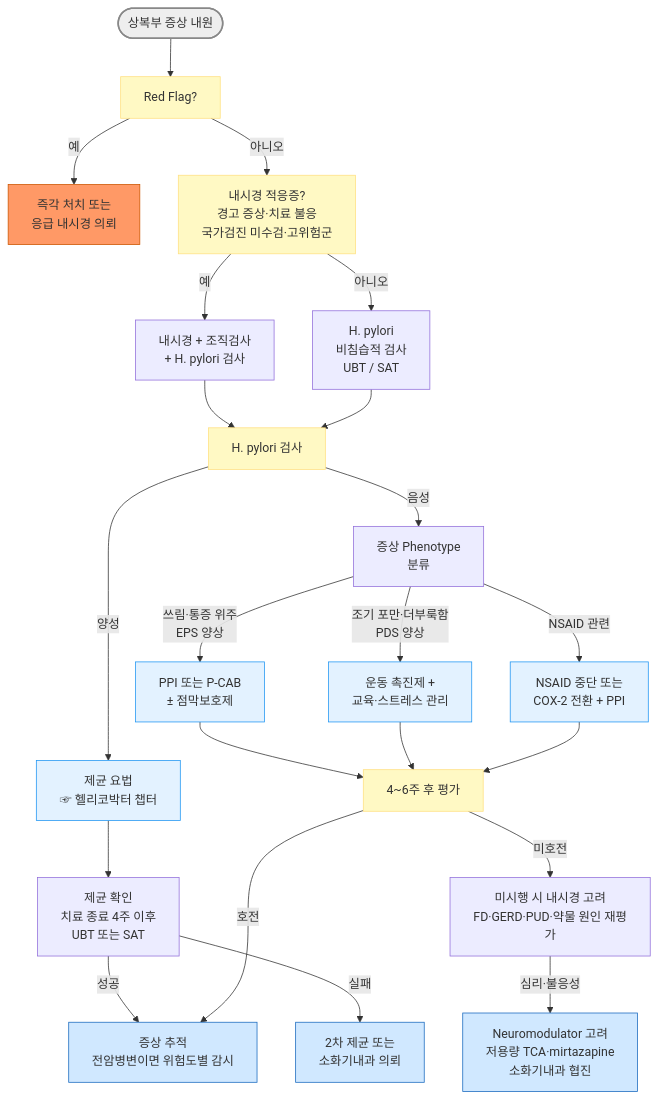
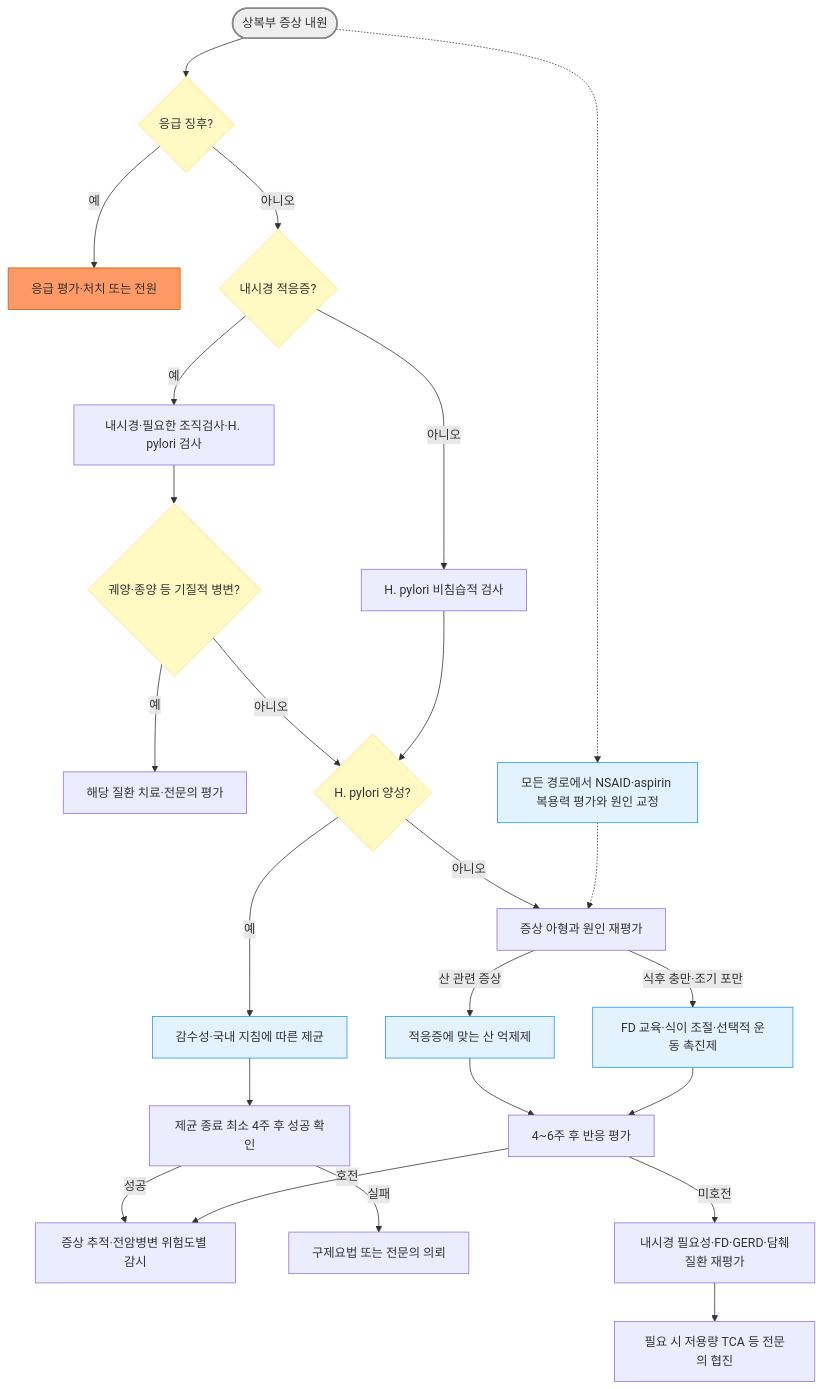
The diagram in 224_/078_-gastritis.md (familyoh77/familyoh77), drawn with Mermaid before and after one commit. The commit also changed other lines of this file and 1 other file, not shown here.

````diff
--- a/224_/078_-gastritis.md
+++ b/224_/078_-gastritis.md
@@ -154,51 +154,32 @@
 ```mermaid
 graph TD
-    A([상복부 증상 내원])
-    B[Red Flag?]
-    C[즉각 처치 또는<br/>응급 내시경 의뢰]
-    D[내시경 적응증?<br/>경고 증상·치료 불응<br/>국가검진 미수검·고위험군]
-    E[내시경 + 조직검사<br/>+ H. pylori 검사]
-    F[H. pylori<br/>비침습적 검사<br/>UBT / SAT]
-    G[H. pylori 검사 ]
-    H[제균 요법<br/>☞ 헬리코박터 챕터]
-    I[증상 Phenotype<br/>분류]
-    J[제균 확인<br/>치료 종료 4주 이후<br/>UBT 또는 SAT]
-    K[증상 추적<br/>전암병변이면 위험도별 감시]
-    L[2차 제균 또는<br/>소화기내과 의뢰]
-    M[PPI 또는 P-CAB<br/>± 점막보호제]
-    N[운동 촉진제 + <br/>교육·스트레스 관리]
-    O[NSAID 중단 또는<br/>COX-2 전환 + PPI]
-    P[4~6주 후 평가]
-    Q[미시행 시 내시경 고려<br/>FD·GERD·PUD·약물 원인 재평가]
-    R[Neuromodulator 고려<br/>저용량 TCA·mirtazapine<br/>소화기내과 협진]
-
-    A --> B
-    B -->|예| C
-    B -->|아니오| D
-    D -->|예| E
-    D -->|아니오| F
-    E --> G
+    A([상복부 증상 내원]) --> B{"응급 징후?"}
+    B -->|예| C["응급 평가·처치 또는 전원"]
+    B -->|아니오| D{"내시경 적응증?"}
+    D -->|예| E["내시경·필요한 조직검사·H. pylori 검사"]
+    D -->|아니오| F["H. pylori 비침습적 검사"]
+    E --> S{"궤양·종양 등 기질적 병변?"}
+    S -->|예| T["해당 질환 치료·전문의 평가"]
+    S -->|아니오| G{"H. pylori 양성?"}
     F --> G
-    G ---->|양성| H
-    G -->|음성| I
-    H --> J
-    J -->|성공| K
-    J -->|실패| L
-    I -->|쓰림·통증 위주<br/>EPS 양상| M
-    I -->|조기 포만·더부룩함<br/>PDS 양상| N
-    I -->|NSAID 관련| O
-    M --> P
+    G -->|예| H["감수성·국내 지침에 따른 제균"]
+    H --> J["제균 종료 최소 4주 후 성공 확인"]
+    J -->|성공| K["증상 추적·전암병변 위험도별 감시"]
+    J -->|실패| L["구제요법 또는 전문의 의뢰"]
+    G -->|아니오| I["증상 아형과 원인 재평가"]
+    I -->|산 관련 증상| M["적응증에 맞는 산 억제제"]
+    I -->|식후 충만·조기 포만| N["FD 교육·식이 조절·선택적 운동 촉진제"]
+    M --> P["4~6주 후 반응 평가"]
     N --> P
-    O --> P
     P -->|호전| K
-    P -->|미호전| Q
-    Q -->|심리·불응성| R
-style A fill:#eeeeee,stroke:#888888,stroke-width:2px
-classDef yellow fill:#fff9c4,stroke:#ffe082
-class B,D,G,P yellow
-classDef sky fill:#e3f2ff,stroke:#2196f3
-class H,M,N,O sky
-classDef blue fill:#d0e8ff,stroke:#1a6abf
-class K,L,R blue
+    P -->|미호전| Q["내시경 필요성·FD·GERD·담췌질환 재평가"]
+    Q --> R["필요 시 저용량 TCA 등 전문의 협진"]
+    A -.-> O["모든 경로에서 NSAID·aspirin 복용력 평가와 원인 교정"]
+    O -.-> I
+    style A fill:#eeeeee,stroke:#888888,stroke-width:2px
     style C fill:#ff9966,stroke:#cc5500
+    classDef yellow fill:#fff9c4,stroke:#ffe082
+    class B,D,S,G yellow
+    classDef sky fill:#e3f2ff,stroke:#2196f3
+    class H,M,N,O sky
 ```
````
